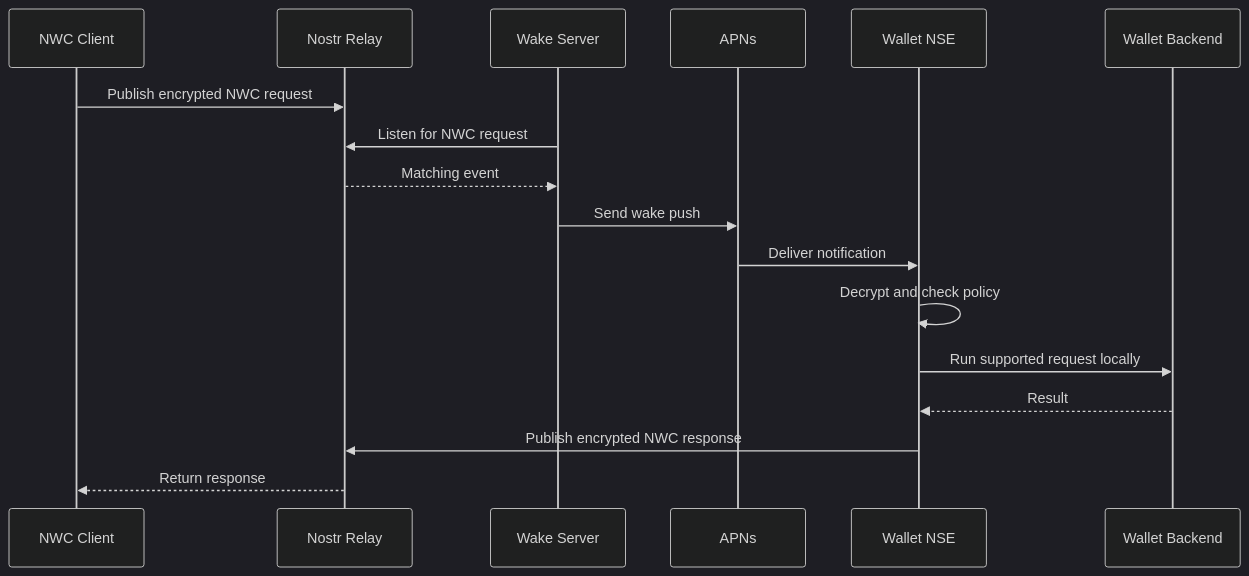
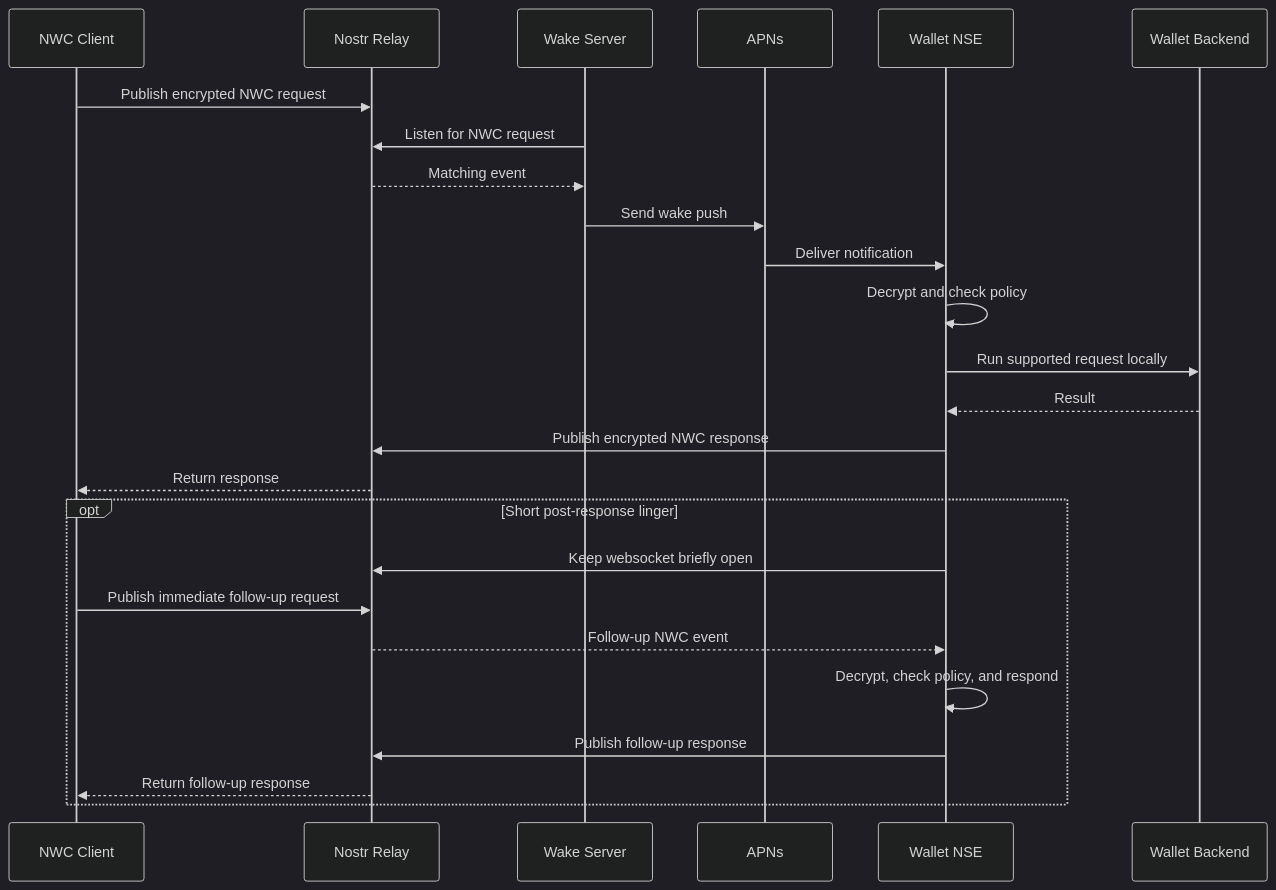
One commit to ntheile/nwc-wake-spec changed the third of 3 diagrams in nwc-wake-spec.md. Above: the diagram before and after it, drawn with Mermaid (dark theme). The commit also changed other lines of this file, not shown here.

````diff
--- a/nwc-wake-spec.md
+++ b/nwc-wake-spec.md
@@ -143,20 +124,28 @@
 ```mermaid
 sequenceDiagram
     participant Client as NWC Client
     participant Relay as Nostr Relay
     participant Wake as Wake Server
     participant APNs as APNs
     participant NSE as Wallet NSE
     participant Wallet as Wallet Backend
 
     Client->>Relay: Publish encrypted NWC request
     Wake->>Relay: Listen for NWC request
     Relay-->>Wake: Matching event
     Wake->>APNs: Send wake push
     APNs->>NSE: Deliver notification
     NSE->>NSE: Decrypt and check policy
     NSE->>Wallet: Run supported request locally
     Wallet-->>NSE: Result
     NSE->>Relay: Publish encrypted NWC response
     Relay-->>Client: Return response
+    opt Short post-response linger
+        NSE->>Relay: Keep websocket briefly open
+        Client->>Relay: Publish immediate follow-up request
+        Relay-->>NSE: Follow-up NWC event
+        NSE->>NSE: Decrypt, check policy, and respond
+        NSE->>Relay: Publish follow-up response
+        Relay-->>Client: Return follow-up response
+    end
 ```
````
